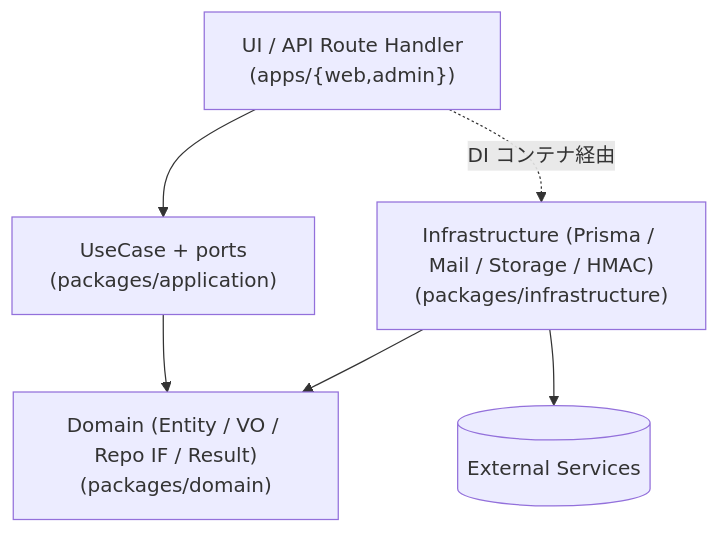
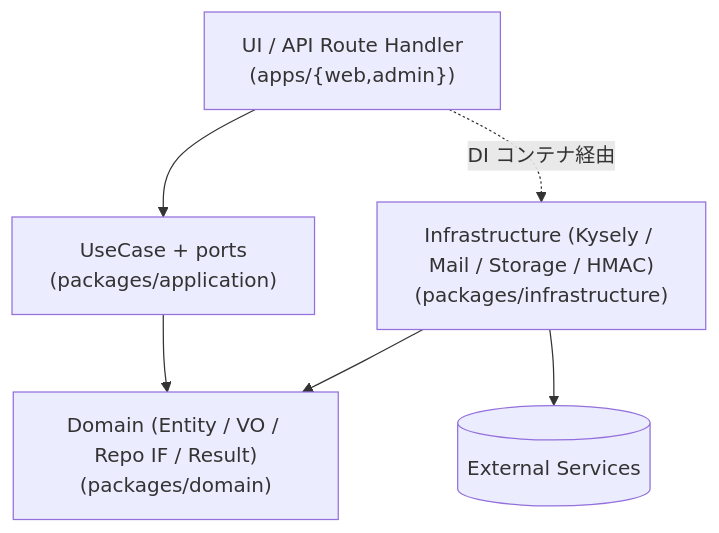
Before and after one commit to Physicalfunding/PhysiFun: the fourth of 8 diagrams in docs/specs/01_system-architecture.md, drawn with Mermaid. The commit also changed other lines of this file and 27 other files, not shown here.

````diff
--- a/docs/specs/01_system-architecture.md
+++ b/docs/specs/01_system-architecture.md
@@ -172,14 +227,14 @@
 ```mermaid
 flowchart TB
     UI["UI / API Route Handler<br/>(apps/{web,admin})"]
     UC["UseCase + ports<br/>(packages/application)"]
     Domain["Domain (Entity / VO / Repo IF / Result)<br/>(packages/domain)"]
-    Infra["Infrastructure (Prisma / Mail / Storage / HMAC)<br/>(packages/infrastructure)"]
+    Infra["Infrastructure (Kysely / Mail / Storage / HMAC)<br/>(packages/infrastructure)"]
     External[(External Services)]
 
     UI --> UC
     UC --> Domain
     UI -.DI コンテナ経由.-> Infra
     Infra --> Domain
     Infra --> External
 ```
````
